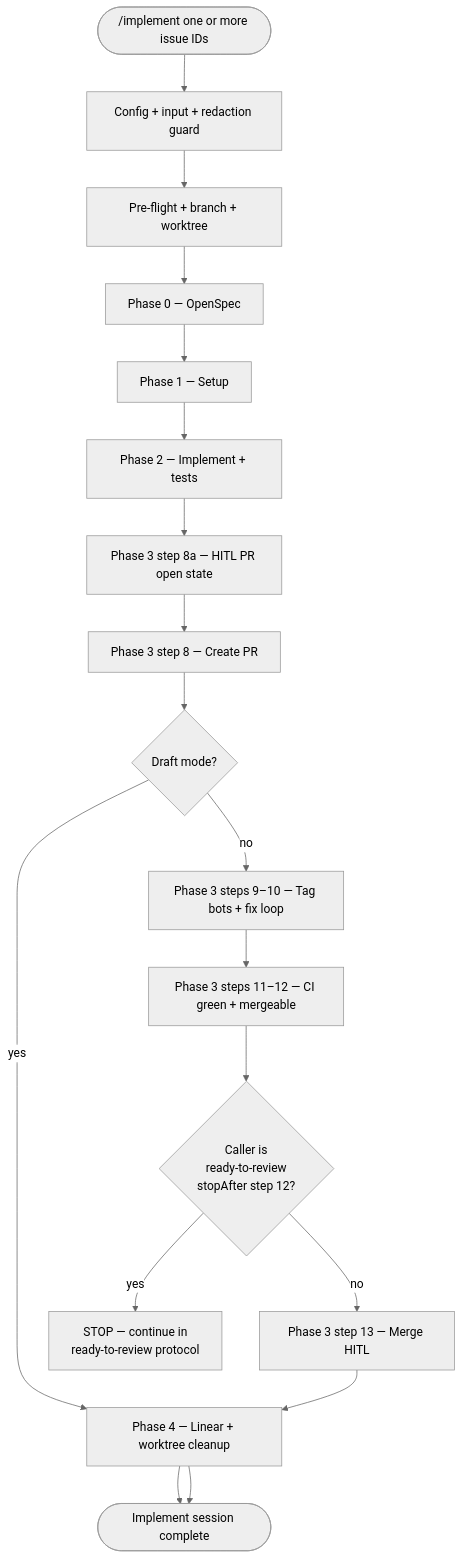
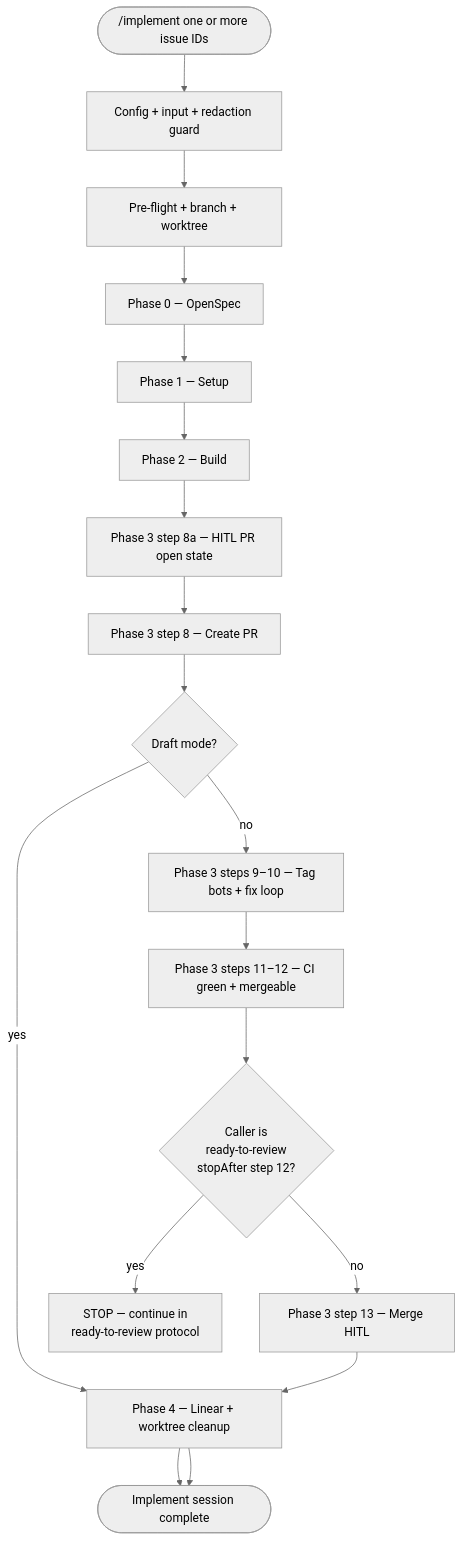
The first of 2 diagrams in toolkits/make-no-mistakes-toolkit/commands/implement.md (chimeranext/better-toolkits), drawn with Mermaid (neutral theme) before and after one commit. The commit also changed other lines of this file and 2 other files, not shown here.

Commit message:
docs(mnm): name Phase 2 Build so it does not echo /implement
The phase file repeated the command name, so the flowchart read as a loop back into /implement. Phase 2 now builds in the existing worktree and points OpenSpec tasks at /opsx-apply.

````diff
--- a/toolkits/make-no-mistakes-toolkit/commands/implement.md
+++ b/toolkits/make-no-mistakes-toolkit/commands/implement.md
@@ -16,26 +16,26 @@
 ```mermaid
 flowchart TD
   start(["/implement one or more issue IDs"])
   cfg["Config + input + redaction guard"]
   pf["Pre-flight + branch + worktree"]
   p0["Phase 0 — OpenSpec"]
   p1["Phase 1 — Setup"]
-  p2["Phase 2 — Implement + tests"]
+  p2["Phase 2 — Build"]
   p3a["Phase 3 step 8a — HITL PR open state"]
   p3open["Phase 3 step 8 — Create PR"]
   draft{"Draft mode?"}
   p3bots["Phase 3 steps 9–10 — Tag bots + fix loop"]
   p3ci["Phase 3 steps 11–12 — CI green + mergeable"]
   rtrStop{"Caller is<br/>ready-to-review<br/>stopAfter step 12?"}
   handoff["STOP — continue in<br/>ready-to-review protocol"]
   p3merge["Phase 3 step 13 — Merge HITL"]
   p4["Phase 4 — Linear + worktree cleanup"]
   done(["Implement session complete"])
 
   start --> cfg --> pf --> p0 --> p1 --> p2 --> p3a --> p3open --> draft
   draft -->|yes| p4
   draft -->|no| p3bots --> p3ci --> rtrStop
   rtrStop -->|yes| handoff
   rtrStop -->|no| p3merge --> p4 --> done
   p4 --> done
 ```
````
